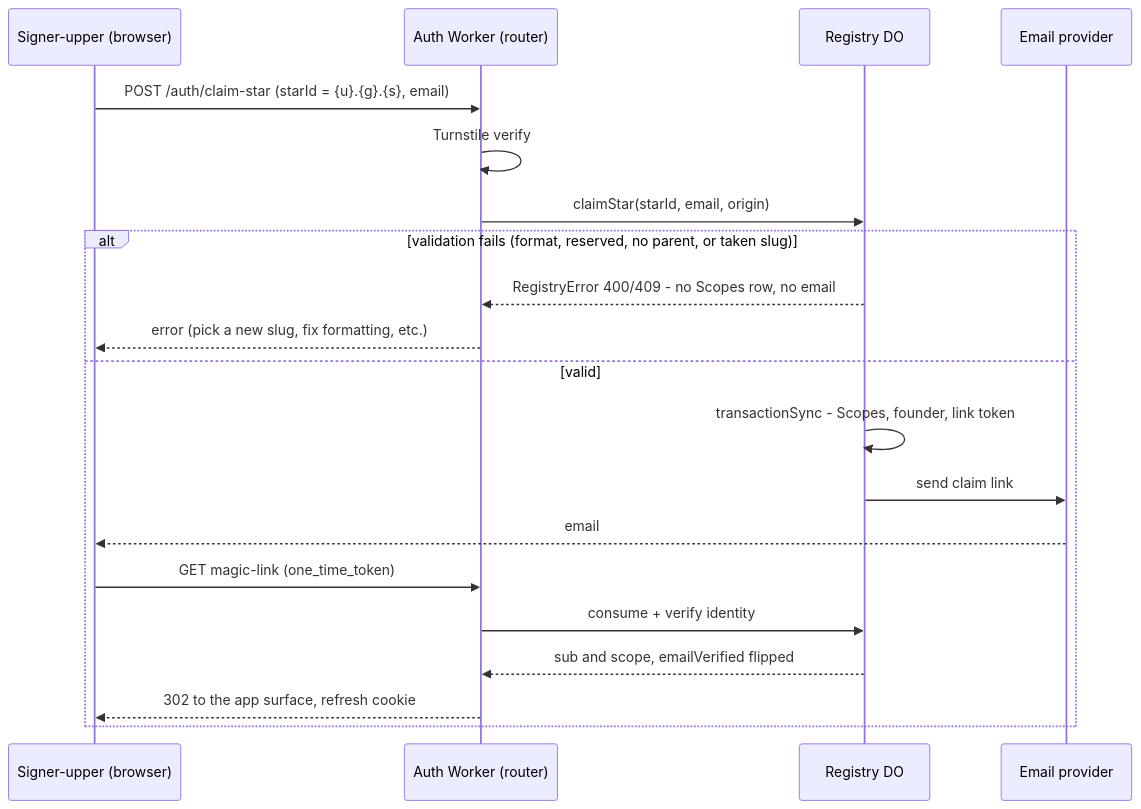
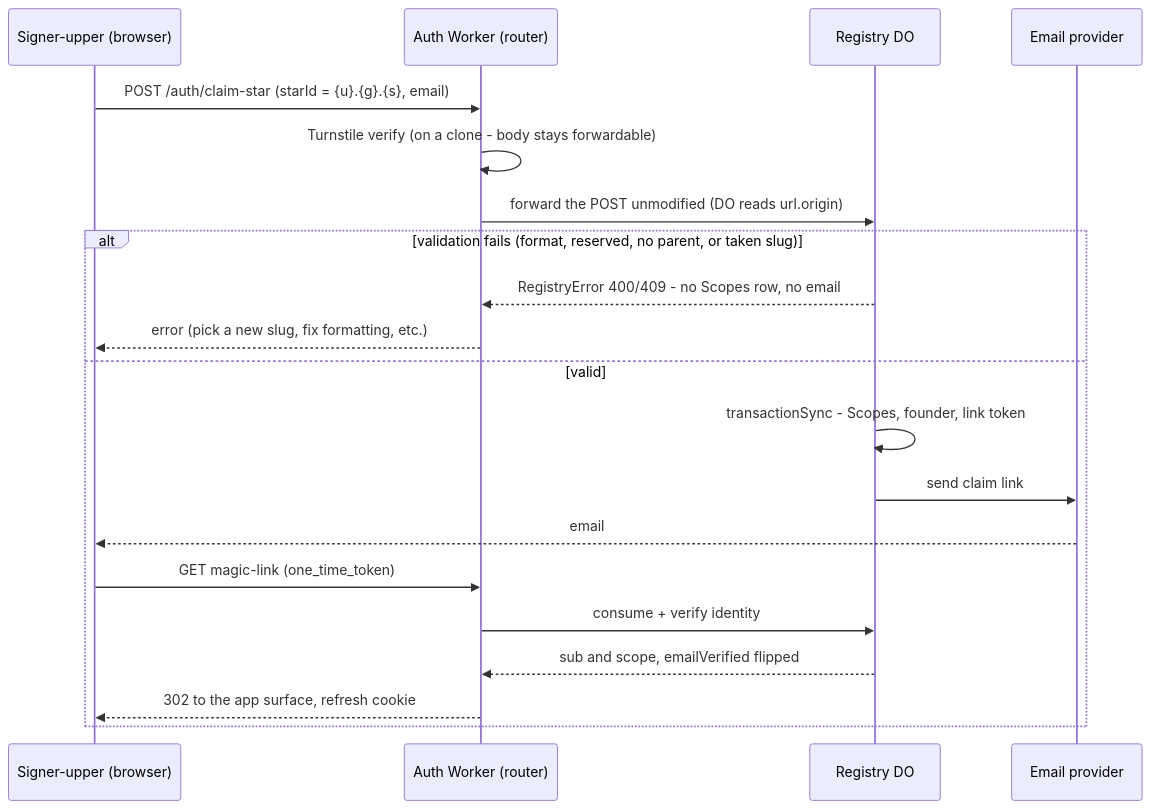
Before and after one commit to lumenize/lumenize: the diagram in tasks/nebula-star-founder-provisioning.md, drawn with Mermaid. The commit also changed other lines of this file, not shown here.

Commit message:
docs(star-founder): diagram + prose now show claim-star as a raw forward, not an RPC call
Larry caught that I recorded the raw-forward decision in Phase 2 but left the
depiction contradicting it. Two spots implied the Worker calls a DO method with
arguments:

- The diagram's `W->>R: claimStar(starId, email, origin)` read as an RPC call
  with origin threaded across the boundary — exactly the mechanism I'd already
  had to correct once. Now `forward the POST unmodified (DO reads url.origin)`,
  and the Turnstile step names the clone, since request.clone() is precisely what
  keeps the original body forwardable (drop it and the raw forward is foreclosed).
- The landing-page pin called it "the origin param". Now: the DO reads url.origin
  off the forwarded request to build the magic-link URL.

Net: the file no longer depicts origin crossing the Worker→DO boundary anywhere.
claim-star injects nothing, so it forwards raw and the DO takes what it needs
from the request it was handed.

````diff
--- a/tasks/nebula-star-founder-provisioning.md
+++ b/tasks/nebula-star-founder-provisioning.md
@@ -45,22 +45,22 @@
 ```mermaid
 sequenceDiagram
     participant U as Signer-upper (browser)
     participant W as Auth Worker (router)
     participant R as Registry DO
     participant M as Email provider
     U->>W: POST /auth/claim-star (starId = {u}.{g}.{s}, email)
-    W->>W: Turnstile verify
-    W->>R: claimStar(starId, email, origin)
+    W->>W: Turnstile verify (on a clone - body stays forwardable)
+    W->>R: forward the POST unmodified (DO reads url.origin)
     alt validation fails (format, reserved, no parent, or taken slug)
         R-->>W: RegistryError 400/409 - no Scopes row, no email
         W-->>U: error (pick a new slug, fix formatting, etc.)
     else valid
         R->>R: transactionSync - Scopes, founder, link token
         R->>M: send claim link
         M-->>U: email
         U->>W: GET magic-link (one_time_token)
         W->>R: consume + verify identity
         R-->>W: sub and scope, emailVerified flipped
         W-->>U: 302 to the app surface, refresh cookie
     end
 ```
````
